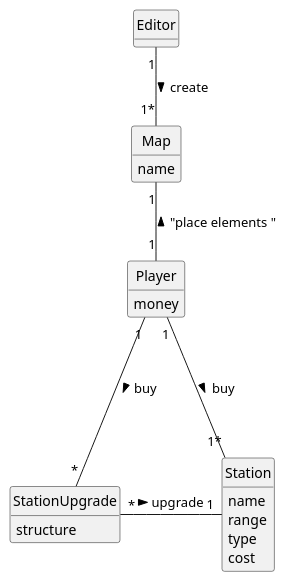
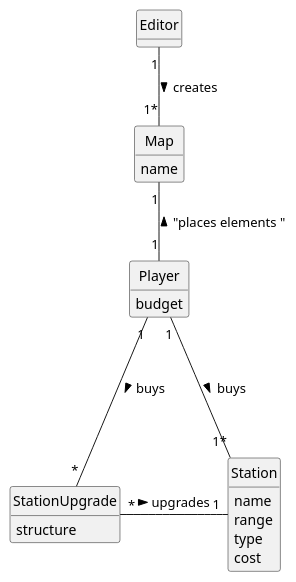
Before and after one commit to 1240826/empire-on-tracks: the diagram in docs/system-documentation/US006/02.analysis/puml/US006-DM.puml, drawn with PlantUML. The commit also changed 4 other files, not shown here.

```diff
--- a/docs/system-documentation/US006/02.analysis/puml/US006-DM.puml
+++ b/docs/system-documentation/US006/02.analysis/puml/US006-DM.puml
@@ -1,48 +1,48 @@
 @startuml
 skinparam monochrome true
 skinparam packageStyle rectangle
 skinparam shadowing false
 
 'left to right direction
 
 skinparam classAttributeIconSize 0
 
 hide circle
 hide methods
 
 'title Domain Model
 
 class Editor {
 }
 
 class Map {
     name
 }
 class Player {
-money
+budget
 }
 
 class Station {
     name
     range
     type
     cost
 }
 
 class StationUpgrade{
       structure
 }
 
-Editor "1" -down- "1*" Map : create >
+Editor "1" -down- "1*" Map : creates >
 
-Player "1" --right- "1*" Station : buy >
+Player "1" --right- "1*" Station : buys >
 
-Player "1" -up- "1" Map : "place elements " >
+Player "1" -up- "1" Map : "places elements " >
 
-Player "1"---"*" StationUpgrade: buy >
+Player "1"---"*" StationUpgrade: buys >
 
-Station "1" -left- "*" StationUpgrade : upgrade <
+Station "1" -left- "*" StationUpgrade : upgrades <
 
 
 
 @enduml
```
